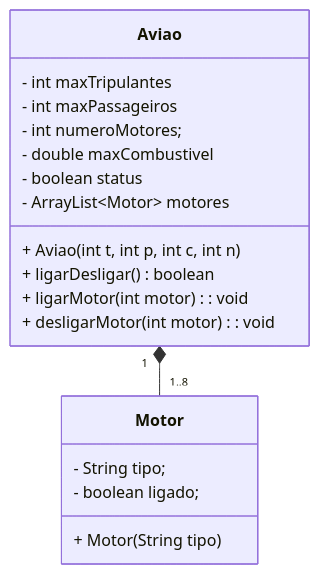
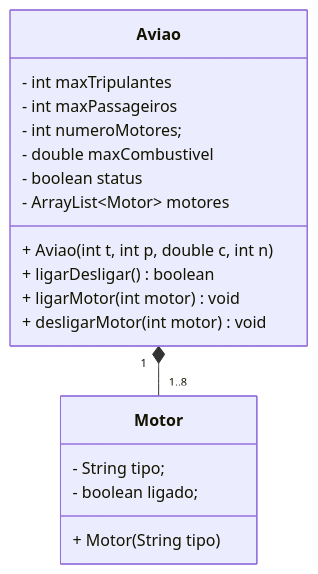
The second of 2 diagrams in aulas/2026-09-29/readme.md (lucasgch/POO), drawn with Mermaid before and after one commit. The commit also changed 5 other files, not shown here.

````diff
--- a/aulas/2026-09-29/readme.md
+++ b/aulas/2026-09-29/readme.md
@@ -28,24 +28,24 @@
 ```mermaid
 classDiagram
 
     class Aviao{
         - int maxTripulantes
         - int maxPassageiros
         - int numeroMotores;
         - double maxCombustivel
         - boolean status
         - ArrayList~Motor~ motores
-        + Aviao(int t, int p, int c, int n)
+        + Aviao(int t, int p, double c, int n)
         + ligarDesligar() boolean
-        + ligarMotor(int motor): void
-        + desligarMotor(int motor): void
+        + ligarMotor(int motor) void
+        + desligarMotor(int motor) void
     }
 
     class Motor{
         - String tipo;
         - boolean ligado;
         + Motor(String tipo)
     }
 
 Aviao "1"*--"1..8" Motor
 ```
````
